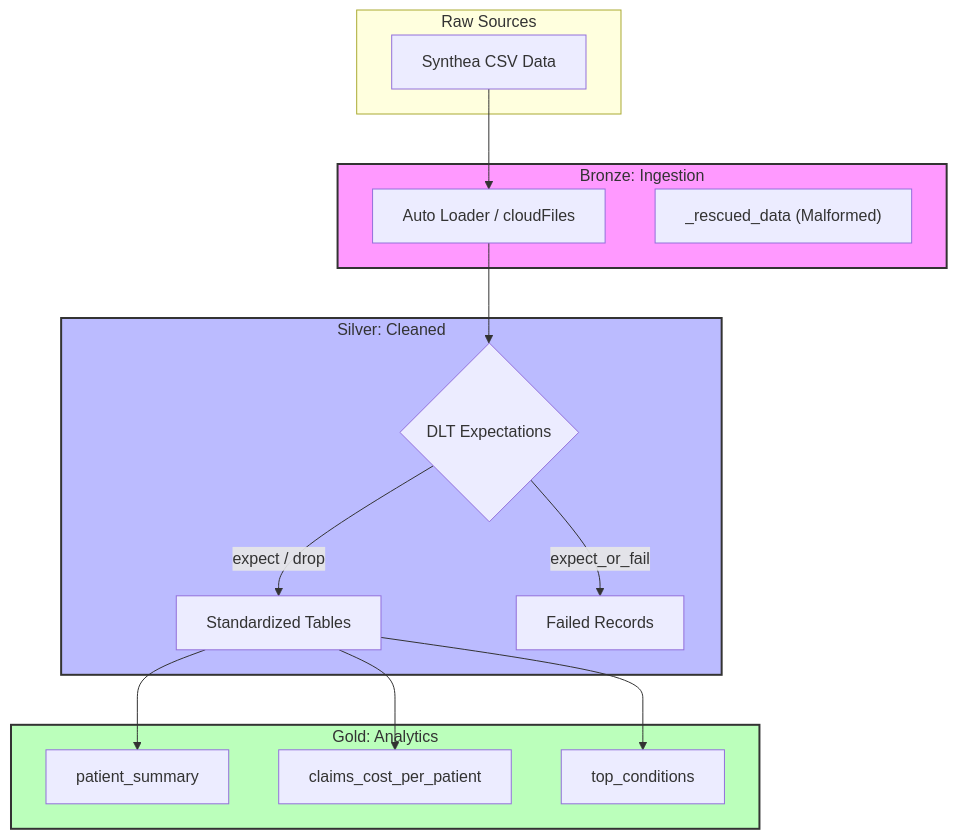
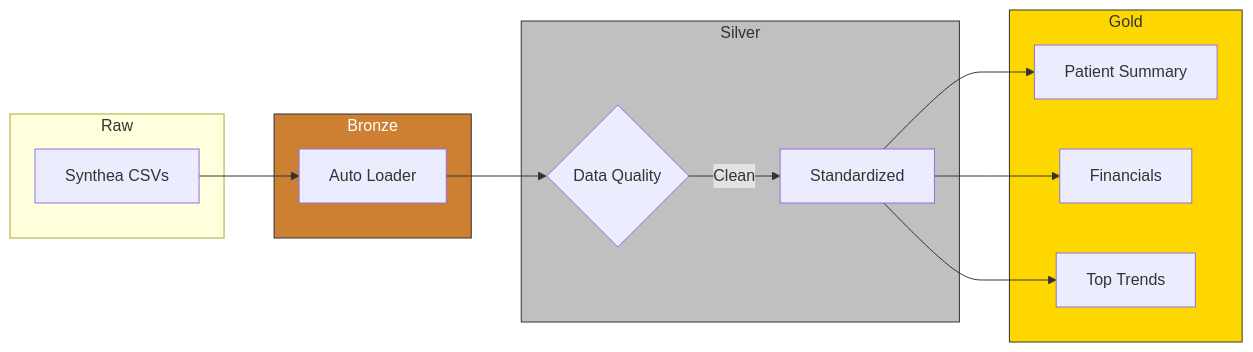
One commit to masabai/dlt-streaming-healthcare-pipeline changed the diagram in README.md. Above: the diagram before and after it, drawn with Mermaid.

````diff
--- a/README.md
+++ b/README.md
@@ -22,34 +22,31 @@
 ```mermaid
-graph TD
-    subgraph Raw_Layer [Raw Sources]
-        A[Synthea CSV Data]
+graph LR
+    subgraph Raw
+        A[Synthea CSVs]
     end
 
-    subgraph Bronze_Layer [Bronze: Ingestion]
-        B[Auto Loader / cloudFiles]
-        B1["_rescued_data (Malformed)"]
+    subgraph Bronze
+        B[Auto Loader]
     end
 
-    subgraph Silver_Layer [Silver: Cleaned]
-        C{DLT Expectations}
-        D[Standardized Tables]
-        C -->|expect_or_fail| E[Failed Records]
-        C -->|expect / drop| D
+    subgraph Silver
+        C{Data Quality}
+        D[Standardized]
     end
 
-    subgraph Gold_Layer [Gold: Analytics]
-        F[patient_summary]
-        G[claims_cost_per_patient]
-        H[top_conditions]
+    subgraph Gold
+        E[Patient Summary]
+        F[Financials]
+        G[Top Trends]
     end
 
     A --> B
     B --> C
-    D --> F
-    D --> G
-    D --> H
+    C -->|Clean| D
+    D --> E & F & G
 
-    style Bronze_Layer fill:#f9f,stroke:#333,stroke-width:2px
-    style Silver_Layer fill:#bbf,stroke:#333,stroke-width:2px
-    style Gold_Layer fill:#bfb,stroke:#333,stroke-width:2px
+    %% Styling for compact look
+    style Bronze fill:#cd7f32,stroke:#333,color:#fff
+    style Silver fill:#c0c0c0,stroke:#333
+    style Gold fill:#ffd700,stroke:#333
 ```
````
